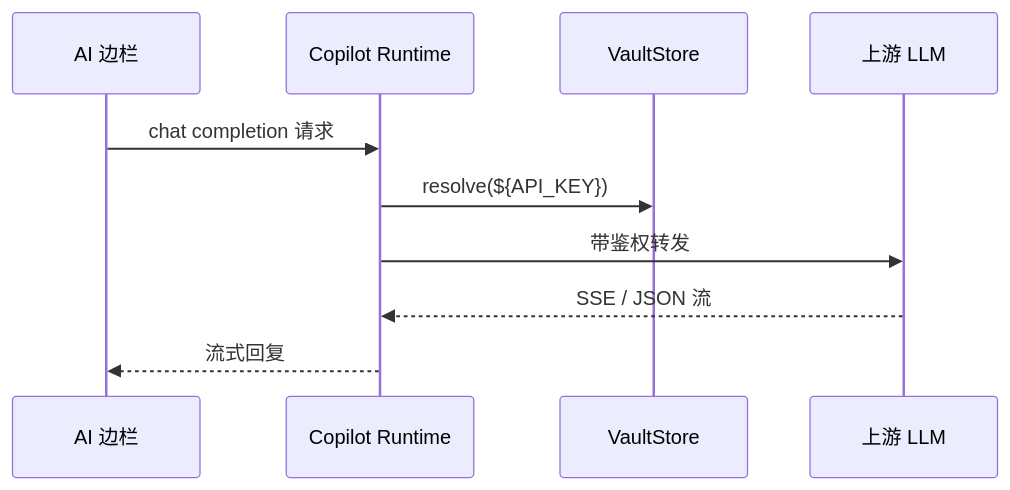
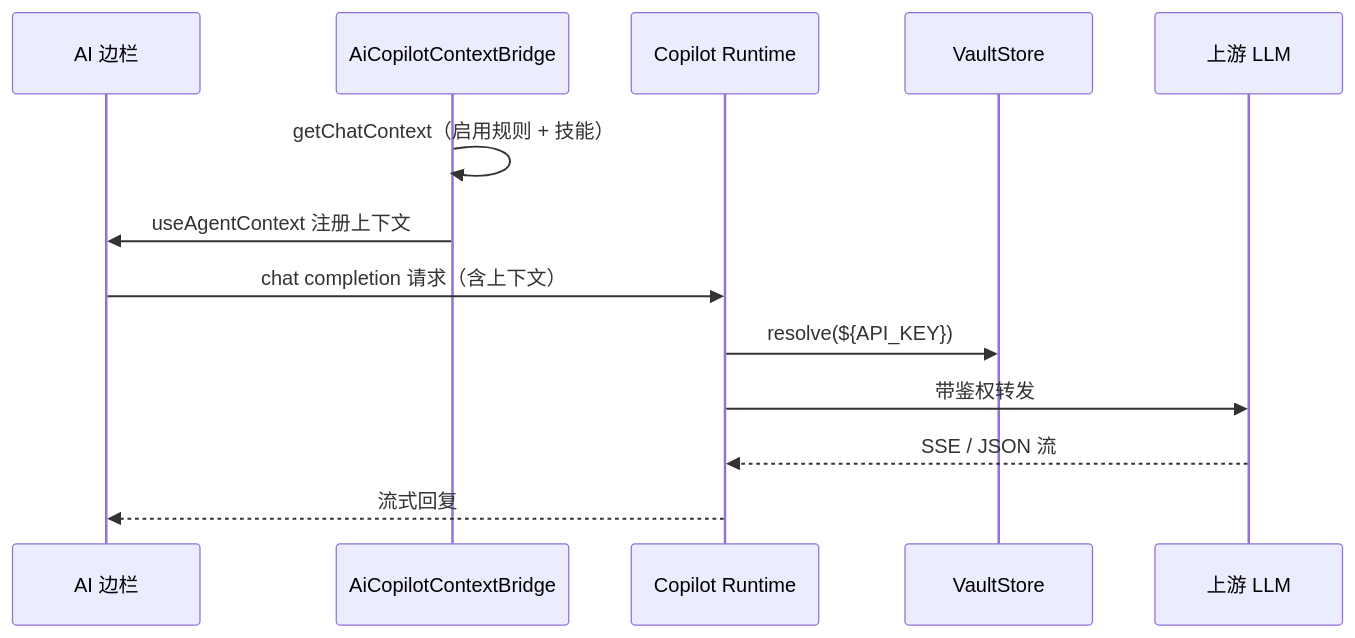
The second of 2 diagrams in docs/功能AI助手边栏.md (Landers1037/NioZy), drawn with Mermaid before and after one commit. The commit also changed other lines of this file and 6 other files, not shown here.

````diff
--- a/docs/功能AI助手边栏.md
+++ b/docs/功能AI助手边栏.md
@@ -36,13 +41,16 @@
 ```mermaid
 sequenceDiagram
   participant UI as AI 边栏
+  participant Ctx as AiCopilotContextBridge
   participant RT as Copilot Runtime
   participant V as VaultStore
   participant API as 上游 LLM
 
-  UI->>RT: chat completion 请求
+  Ctx->>Ctx: getChatContext（启用规则 + 技能）
+  Ctx->>UI: useAgentContext 注册上下文
+  UI->>RT: chat completion 请求（含上下文）
   RT->>V: resolve(${API_KEY})
   RT->>API: 带鉴权转发
   API-->>RT: SSE / JSON 流
   RT-->>UI: 流式回复
 ```
````
